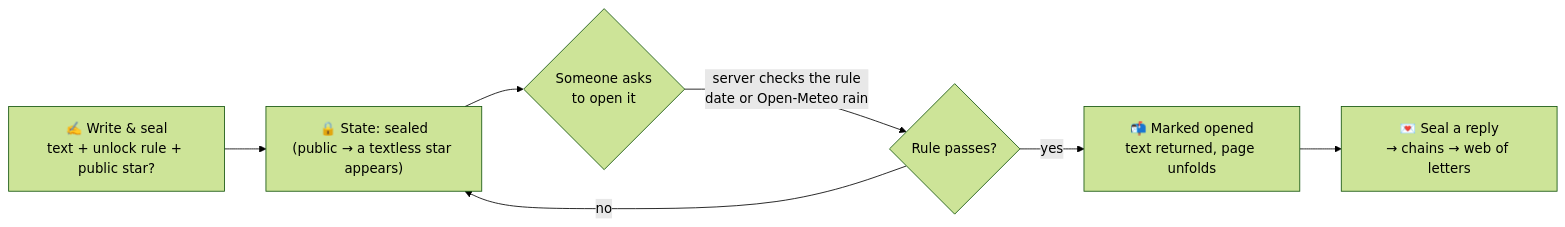
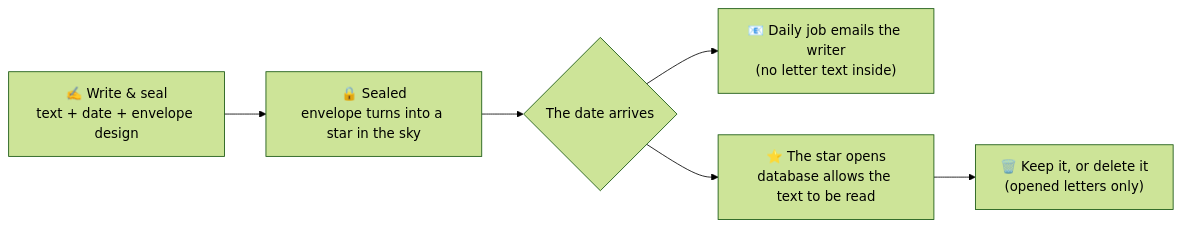
The diagram in README.md (heyytejaswini/heyytejaswini), drawn with Mermaid (forest theme) before and after one commit. The commit also changed other lines of this file, not shown here.

````diff
--- a/README.md
+++ b/README.md
@@ -78,9 +80,8 @@
 ```mermaid
 flowchart LR
-    A["✍️ Write & seal<br/>text + unlock rule + public star?"] --> B["🔒 State: sealed<br/>(public → a textless star appears)"]
-    B --> C{"Someone asks<br/>to open it"}
-    C -->|"server checks the rule<br/>date or Open-Meteo rain"| D{"Rule passes?"}
-    D -->|"no"| B
-    D -->|"yes"| E["📬 Marked opened<br/>text returned, page unfolds"]
-    E --> F["💌 Seal a reply<br/>→ chains → web of letters"]
+    A["✍️ Write & seal<br/>text + date + envelope design"] --> B["🔒 Sealed<br/>envelope turns into a star in the sky"]
+    B --> C{"The date arrives"}
+    C --> D["📧 Daily job emails the writer<br/>(no letter text inside)"]
+    C --> E["⭐ The star opens<br/>database allows the text to be read"]
+    E --> F["🗑️ Keep it, or delete it<br/>(opened letters only)"]
 ```
````
